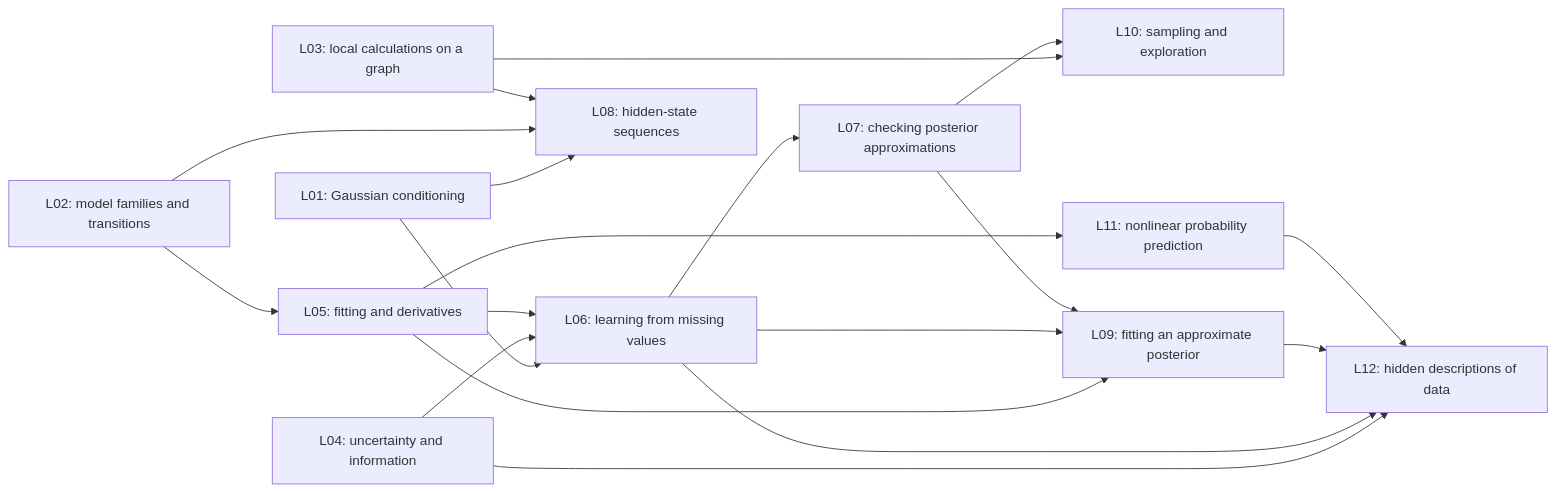
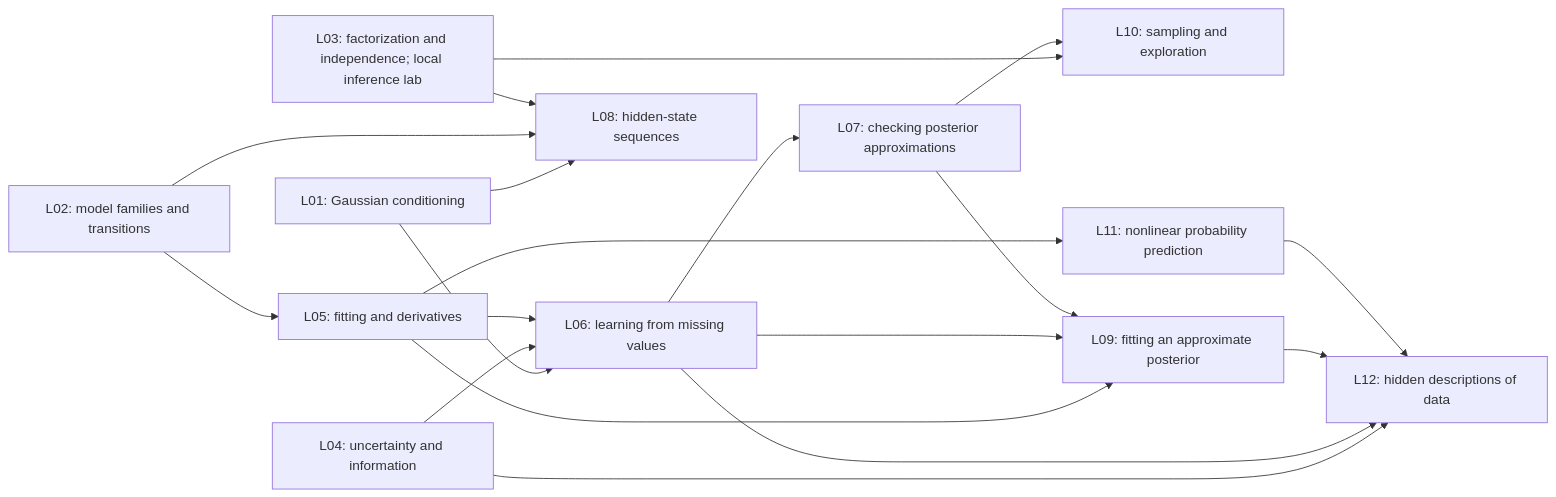
The diagram in Lectures/course_architecture_scope/architecture_audit.md (opherdonchin/ProbabilisticMachineLearning), drawn with Mermaid before and after one commit. The commit also changed other lines of this file and 15 other files, not shown here.

````diff
--- a/Lectures/course_architecture_scope/architecture_audit.md
+++ b/Lectures/course_architecture_scope/architecture_audit.md
@@ -50,21 +50,21 @@
 ```mermaid
 flowchart LR
   L01["L01: Gaussian conditioning"] --> L06["L06: learning from missing values"]
   L01 --> L08["L08: hidden-state sequences"]
   L02["L02: model families and transitions"] --> L05["L05: fitting and derivatives"]
   L02 --> L08
-  L03["L03: local calculations on a graph"] --> L08
+  L03["L03: factorization and independence; local inference lab"] --> L08
   L03 --> L10["L10: sampling and exploration"]
   L04["L04: uncertainty and information"] --> L06
   L04 --> L12["L12: hidden descriptions of data"]
   L05 --> L06
   L05 --> L09["L09: fitting an approximate posterior"]
   L05 --> L11["L11: nonlinear probability prediction"]
   L06 --> L07["L07: checking posterior approximations"]
   L06 --> L09
   L07 --> L09
   L07 --> L10
   L06 --> L12
   L09 --> L12
   L11 --> L12
 ```
````
